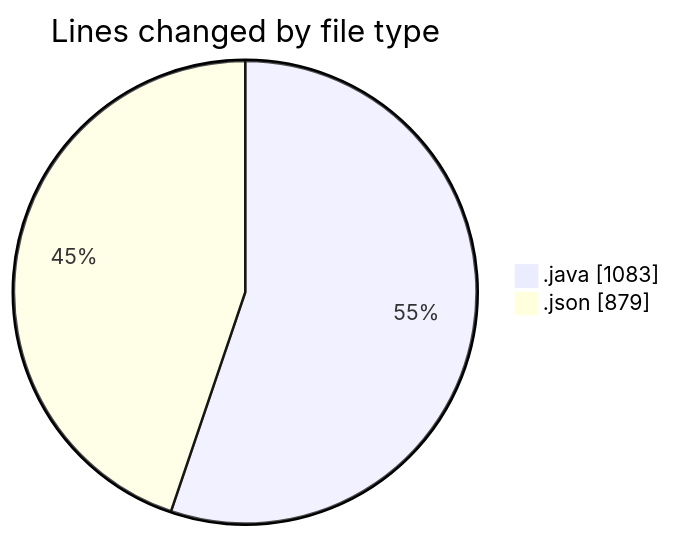
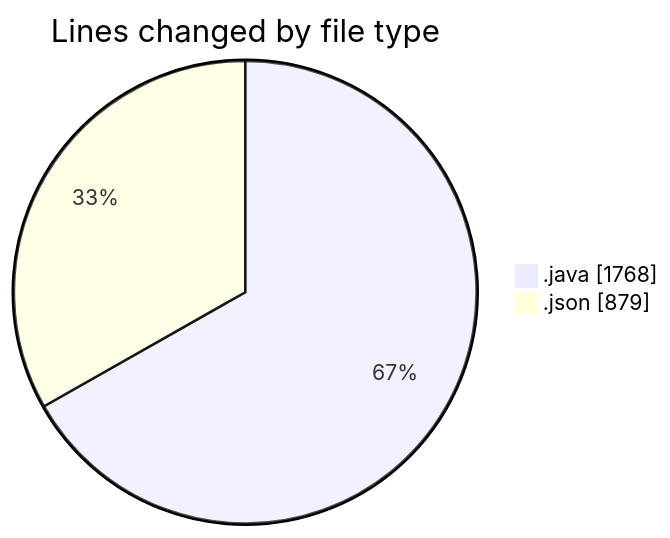
Before and after one commit to ricardozamudiocil/code-tracking: the first of 2 diagrams in 2026-03-18/cilapp/README.md, drawn with Mermaid. The commit also changed other lines of this file and 1 other file, not shown here.

````diff
--- a/2026-03-18/cilapp/README.md
+++ b/2026-03-18/cilapp/README.md
@@ -21,6 +22,6 @@
 ```mermaid
 pie showData
 title Lines changed by file type
-".java" : 1083
+".java" : 1768
 ".json" : 879
 ```
````
